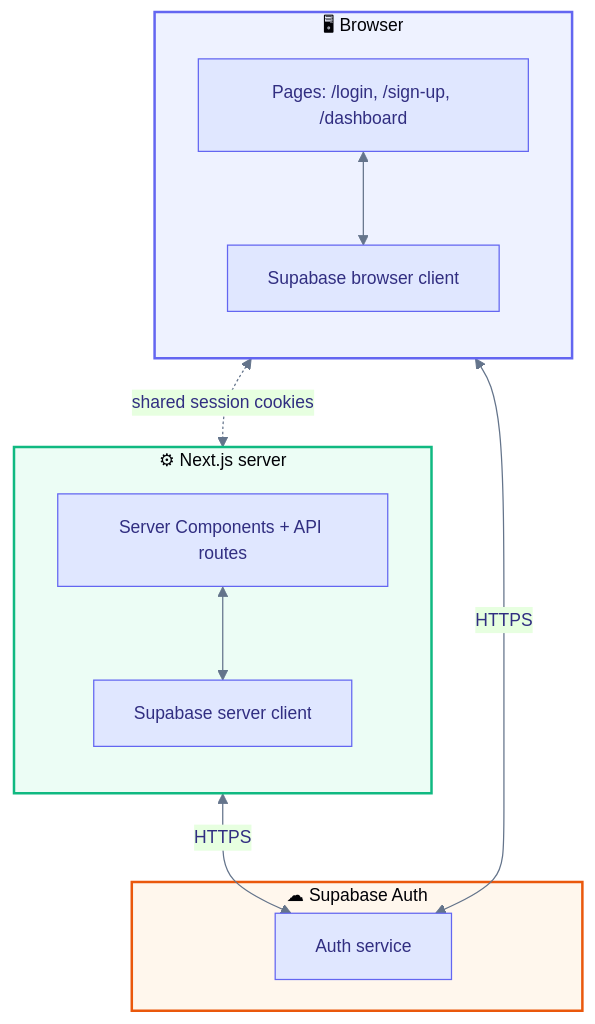
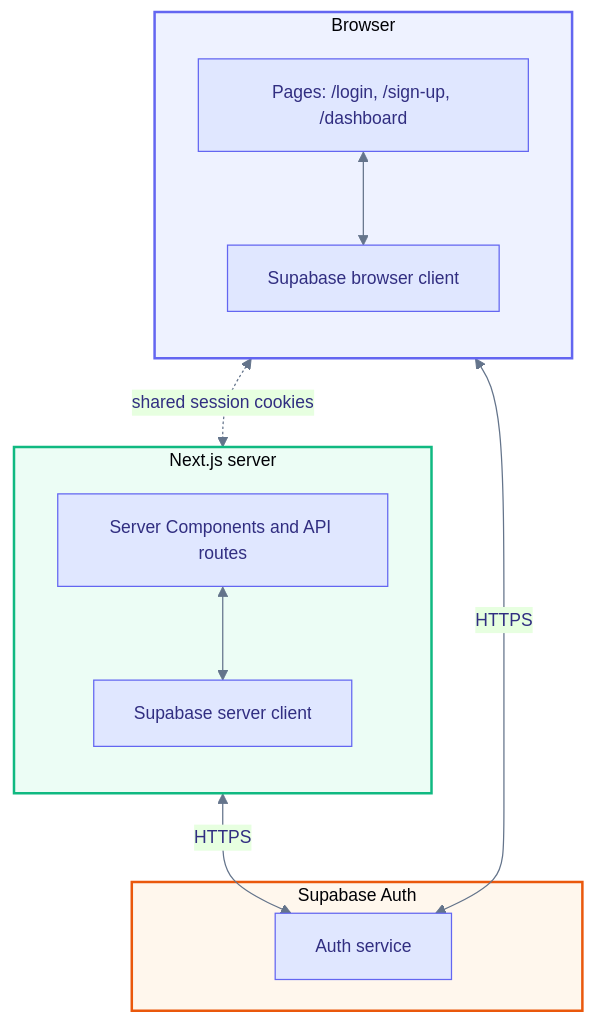
Before and after one commit to parmeet1402/ai-workflow-platform: the first of 4 diagrams in docs/authentication.md, drawn with Mermaid. The commit also changed other lines of this file and 5 other files, not shown here.

````diff
--- a/docs/authentication.md
+++ b/docs/authentication.md
@@ -37,40 +35,40 @@
 ```mermaid
 %%{init: {
   "theme": "base",
   "themeVariables": {
     "fontFamily": "ui-sans-serif, system-ui, sans-serif",
     "fontSize": "14px",
     "lineColor": "#64748b",
     "primaryColor": "#e0e7ff",
     "primaryTextColor": "#312e81",
     "primaryBorderColor": "#6366f1"
   },
   "flowchart": { "curve": "basis", "padding": 16 }
 }}%%
 flowchart TB
-  subgraph Client[" 🖥 Browser "]
+  subgraph Client["Browser"]
     direction TB
     P1["Pages: /login, /sign-up, /dashboard"]
     BC["Supabase browser client"]
   end
 
-  subgraph Server[" ⚙ Next.js server "]
+  subgraph Server["Next.js server"]
     direction TB
-    P2["Server Components + API routes"]
+    P2["Server Components and API routes"]
     SC["Supabase server client"]
   end
 
-  subgraph Remote[" ☁ Supabase Auth "]
+  subgraph Remote["Supabase Auth"]
     AUTH["Auth service"]
   end
 
   P1 <--> BC
   P2 <--> SC
-  BC <-->|"HTTPS"| AUTH
-  SC <-->|"HTTPS"| AUTH
-  BC <-.->|"shared session cookies"| SC
+  BC <-->|HTTPS| AUTH
+  SC <-->|HTTPS| AUTH
+  BC <-.->|shared session cookies| SC
 
   style Client fill:#eef2ff,stroke:#6366f1,stroke-width:2px
   style Server fill:#ecfdf5,stroke:#10b981,stroke-width:2px
   style Remote fill:#fff7ed,stroke:#ea580c,stroke-width:2px
 ```
````
